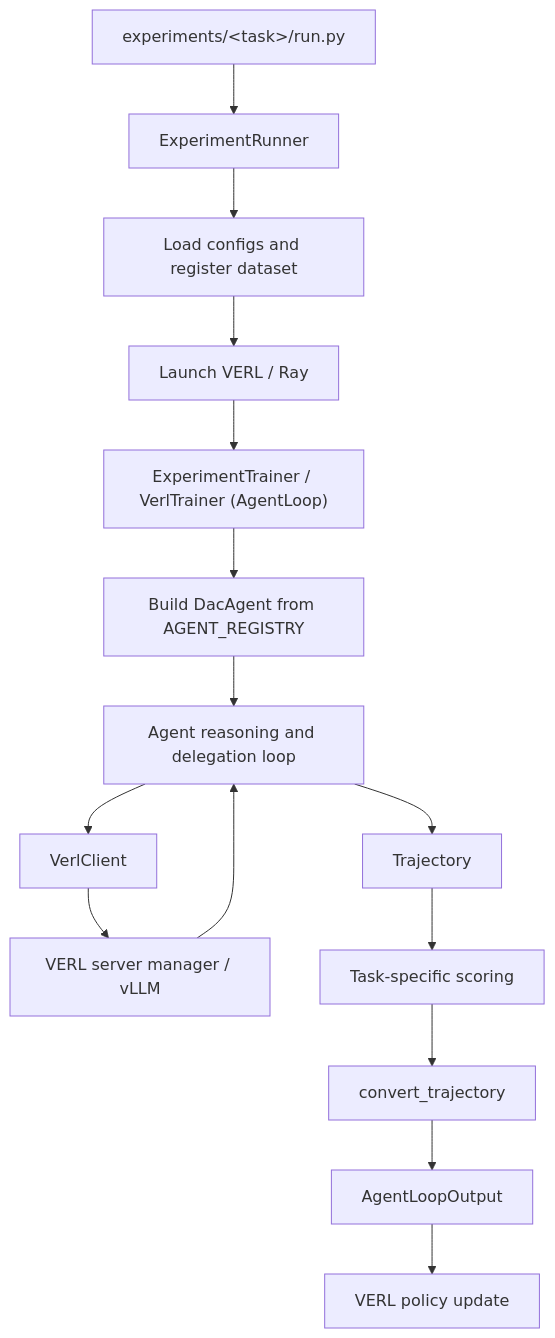
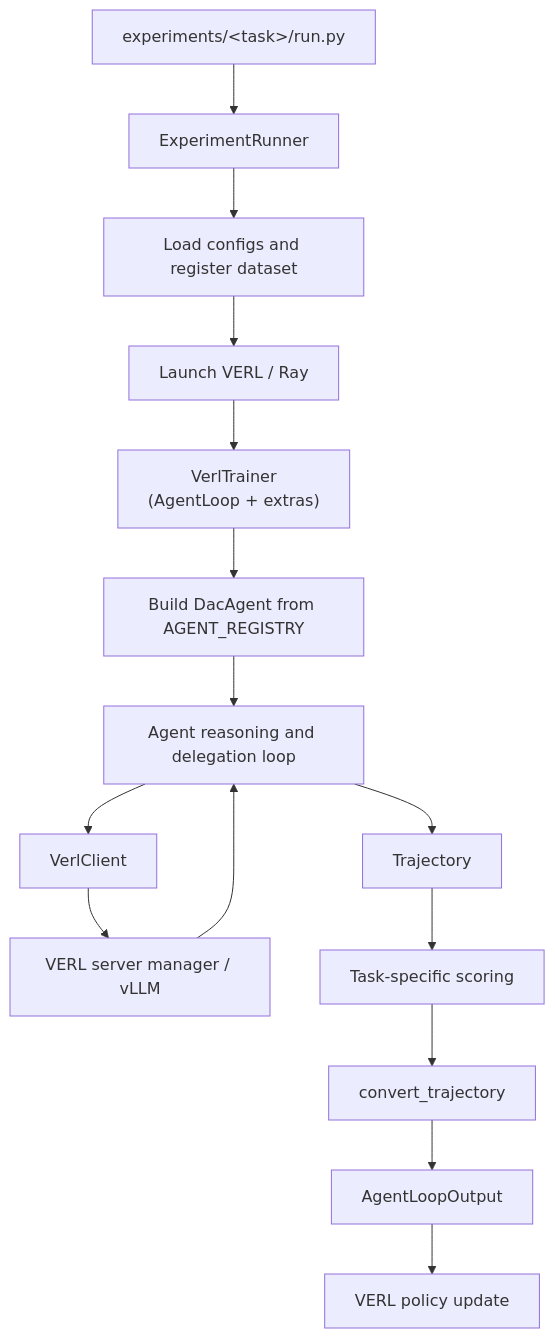
The diagram in README.md (TheGuy42/AgentDaC), drawn with Mermaid before and after one commit.

````diff
--- a/README.md
+++ b/README.md
@@ -57,17 +57,17 @@
 ```mermaid
 flowchart TD
     A["experiments/&lt;task&gt;/run.py"] --> B["ExperimentRunner"]
     B --> C["Load configs and register dataset"]
     C --> D["Launch VERL / Ray"]
-    D --> E["ExperimentTrainer / VerlTrainer (AgentLoop)"]
+    D --> E["VerlTrainer \n (AgentLoop + extras)"]
     E --> F["Build DacAgent from AGENT_REGISTRY"]
     F --> G["Agent reasoning and delegation loop"]
     G --> H["VerlClient"]
     H --> I["VERL server manager / vLLM"]
     I --> G
     G --> J["Trajectory"]
     J --> K["Task-specific scoring"]
     K --> L["convert_trajectory"]
     L --> M["AgentLoopOutput"]
     M --> N["VERL policy update"]
 ```
````
